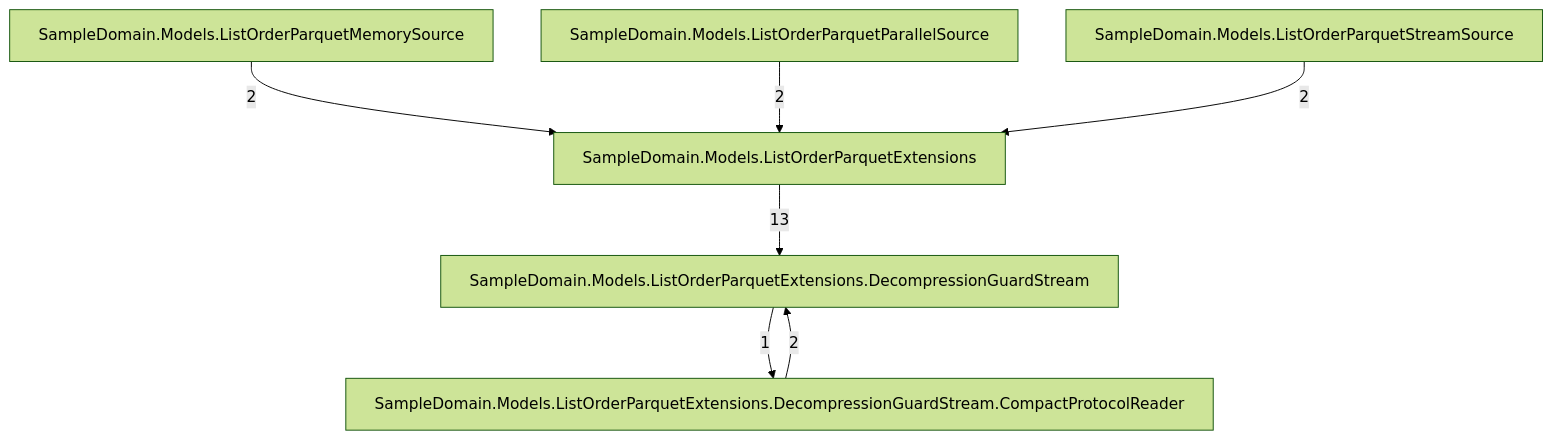
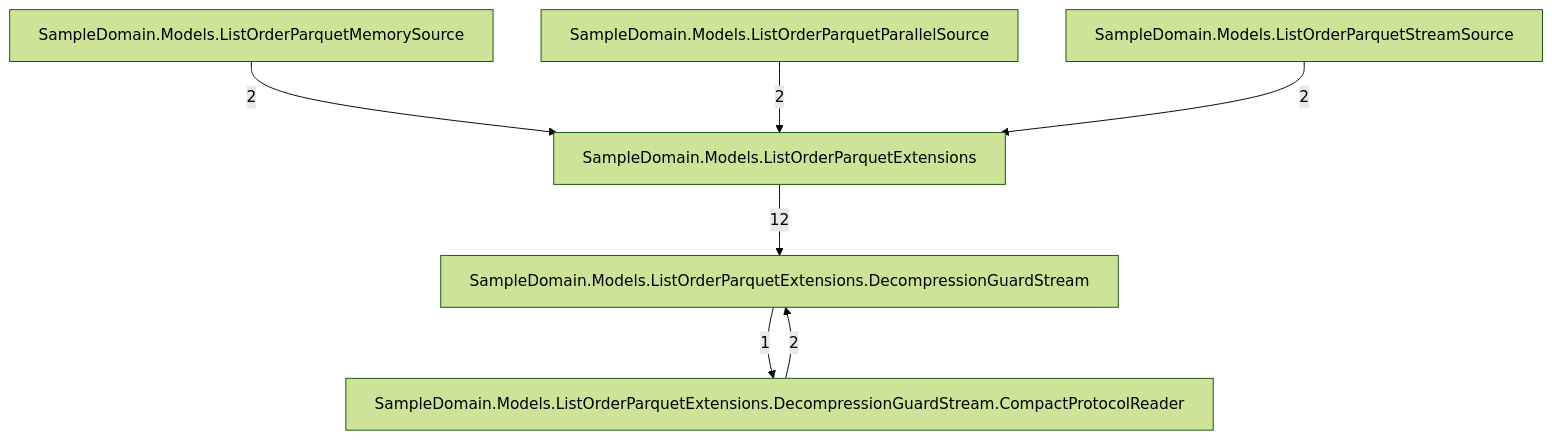
One commit to rtkelly13/Parquet.SourceGenerator changed the second of 7 diagrams in docs/callgraph-generated.md. Above: the diagram before and after it, drawn with Mermaid (forest theme). The commit also changed other lines of this file and 109 other files, not shown here.

````diff
--- a/docs/callgraph-generated.md
+++ b/docs/callgraph-generated.md
@@ -24,15 +24,15 @@
 ```mermaid
 graph TD
     tsampledomainmodelslistorderparquetextensions_046["SampleDomain.Models.ListOrderParquetExtensions"]
     tsampledomainmodelslistorderparquetextensionsdecompressionguardstream_071["SampleDomain.Models.ListOrderParquetExtensions.DecompressionGuardStream"]
     tsampledomainmodelslistorderparquetextensionsdecompressionguardstreamcompactprotocolreader_093["SampleDomain.Models.ListOrderParquetExtensions.DecompressionGuardStream.CompactProtocolReader"]
     tsampledomainmodelslistorderparquetmemorysource_048["SampleDomain.Models.ListOrderParquetMemorySource"]
     tsampledomainmodelslistorderparquetparallelsource_050["SampleDomain.Models.ListOrderParquetParallelSource"]
     tsampledomainmodelslistorderparquetstreamsource_048["SampleDomain.Models.ListOrderParquetStreamSource"]
     tsampledomainmodelslistorderparquetextensionsdecompressionguardstreamcompactprotocolreader_093 -->|2| tsampledomainmodelslistorderparquetextensionsdecompressionguardstream_071
     tsampledomainmodelslistorderparquetextensionsdecompressionguardstream_071 -->|1| tsampledomainmodelslistorderparquetextensionsdecompressionguardstreamcompactprotocolreader_093
-    tsampledomainmodelslistorderparquetextensions_046 -->|13| tsampledomainmodelslistorderparquetextensionsdecompressionguardstream_071
+    tsampledomainmodelslistorderparquetextensions_046 -->|12| tsampledomainmodelslistorderparquetextensionsdecompressionguardstream_071
     tsampledomainmodelslistorderparquetmemorysource_048 -->|2| tsampledomainmodelslistorderparquetextensions_046
     tsampledomainmodelslistorderparquetparallelsource_050 -->|2| tsampledomainmodelslistorderparquetextensions_046
     tsampledomainmodelslistorderparquetstreamsource_048 -->|2| tsampledomainmodelslistorderparquetextensions_046
 ```
````
